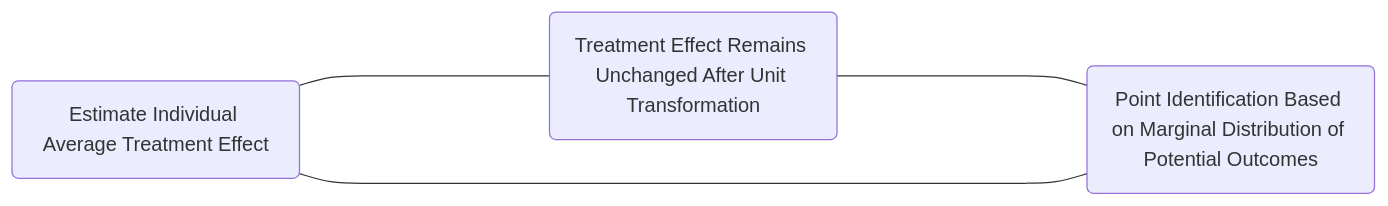
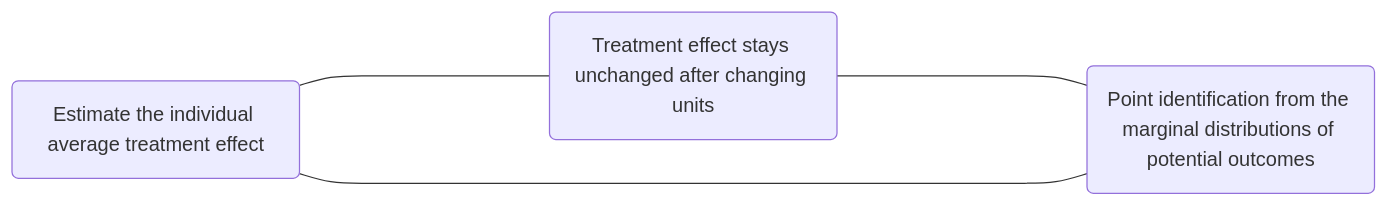
Before and after one commit to hzp2333/hzp2333.github.io: the second of 2 diagrams in en/posts/log0/index.md, drawn with Mermaid. The commit also changed other lines of this file and 177 other files, not shown here.

```diff
--- a/en/posts/log0/index.md
+++ b/en/posts/log0/index.md
@@ -180,6 +182,6 @@
 {{< mermaid>}}
 graph LR
-A(Estimate Individual Average Treatment Effect)------B(Treatment Effect Remains Unchanged After Unit Transformation)
-B(Treatment Effect Remains Unchanged After Unit Transformation)------ C(Point Identification Based on Marginal Distribution of Potential Outcomes)
-C(Point Identification Based on Marginal Distribution of Potential Outcomes)------A(Estimate Individual Average Treatment Effect)
+A(Estimate the individual average treatment effect)------B(Treatment effect stays unchanged after changing units)
+B------ C(Point identification from the marginal distributions of potential outcomes)
+C------A
 {{< /mermaid>}}
```
